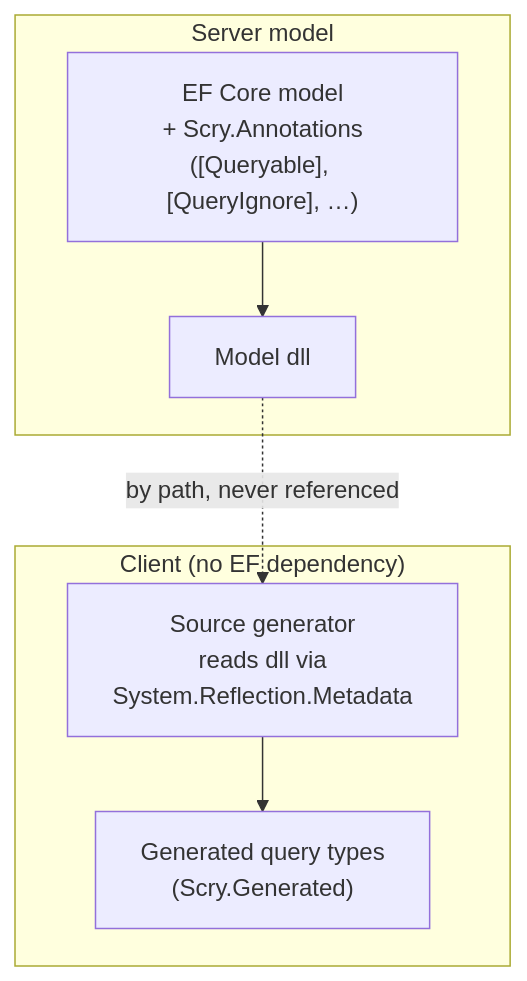
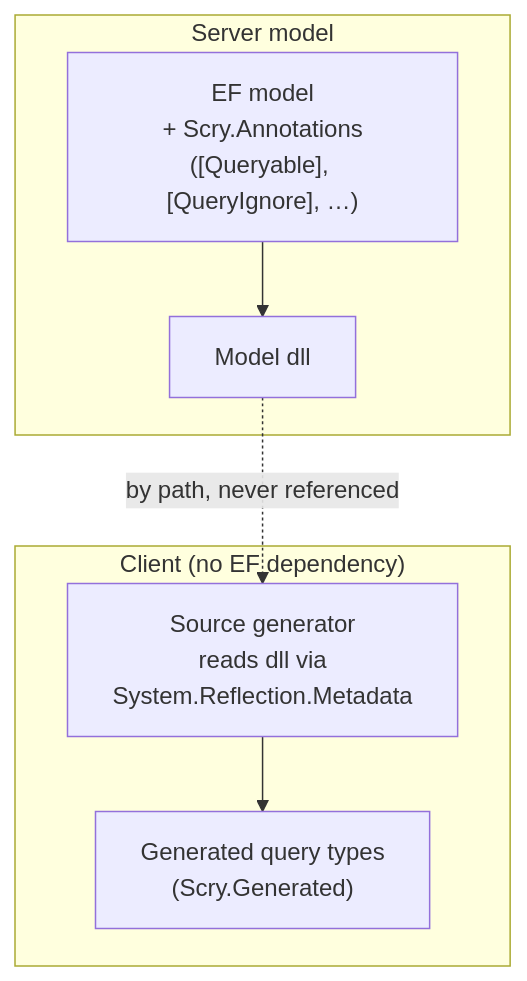
The first of 2 diagrams in readme.md (Papyrine/Scry), drawn with Mermaid before and after one commit. The commit also changed other lines of this file, not shown here.

````diff
--- a/readme.md
+++ b/readme.md
@@ -34,16 +34,16 @@
 ```mermaid
 flowchart TB
     subgraph model["Server model"]
-        EF["EF Core model<br/>+ Scry.Annotations<br/>([Queryable], [QueryIgnore], …)"]
+        EF["EF model<br/>+ Scry.Annotations<br/>([Queryable], [QueryIgnore], …)"]
         DLL["Model dll"]
         EF --> DLL
     end
 
     subgraph client["Client (no EF dependency)"]
         GEN["Source generator<br/>reads dll via<br/>System.Reflection.Metadata"]
         GENTYPES["Generated query types<br/>(Scry.Generated)"]
         GEN --> GENTYPES
     end
 
     DLL -. "by path, never referenced" .-> GEN
 ```
````
